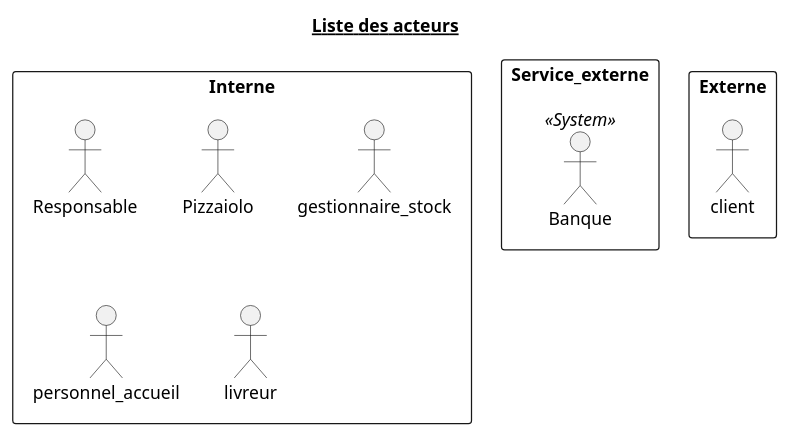
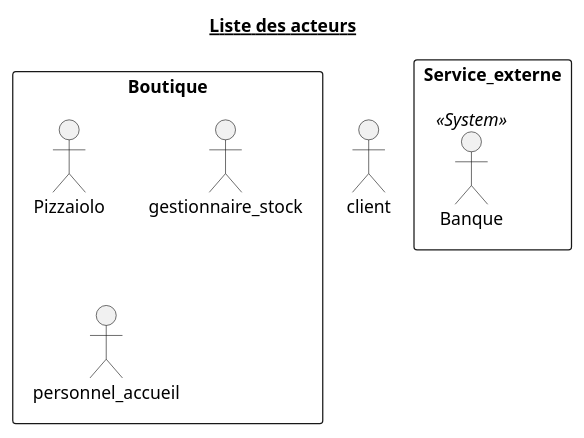
The diagram in doc/uml/0_ListActors.puml (Zepmanbc/oc_dapython_pr4), drawn with PlantUML before and after one commit. The commit also changed 21 other files, not shown here.

```diff
--- a/doc/uml/0_ListActors.puml
+++ b/doc/uml/0_ListActors.puml
@@ -1,20 +1,16 @@
 @startuml 0_ListActors
 title <u>Liste des acteurs</u>
 
-rectangle Interne {
-    actor Responsable as RESP
+actor client as CUSTOMER
+
+rectangle Boutique {
     actor Pizzaiolo as PIZLO
     actor gestionnaire_stock as GEST
     actor personnel_accueil as ACCUEIL
-    actor livreur as DELIVER
 }
 
 rectangle Service_externe {
     actor Banque <<System>> as BANK
 }
 
-rectangle Externe {
-    actor client as CUSTOMER
-}
-
 @enduml
```
